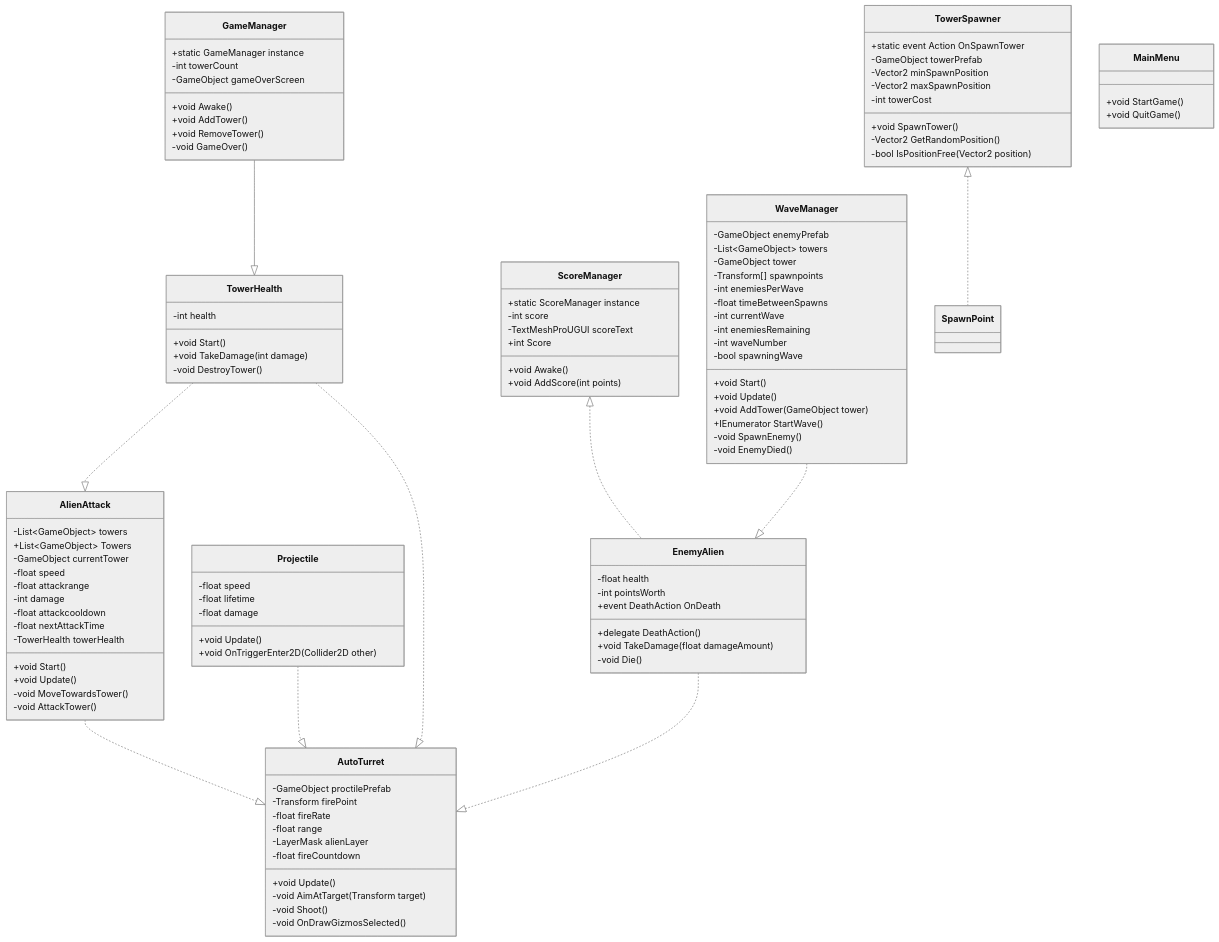
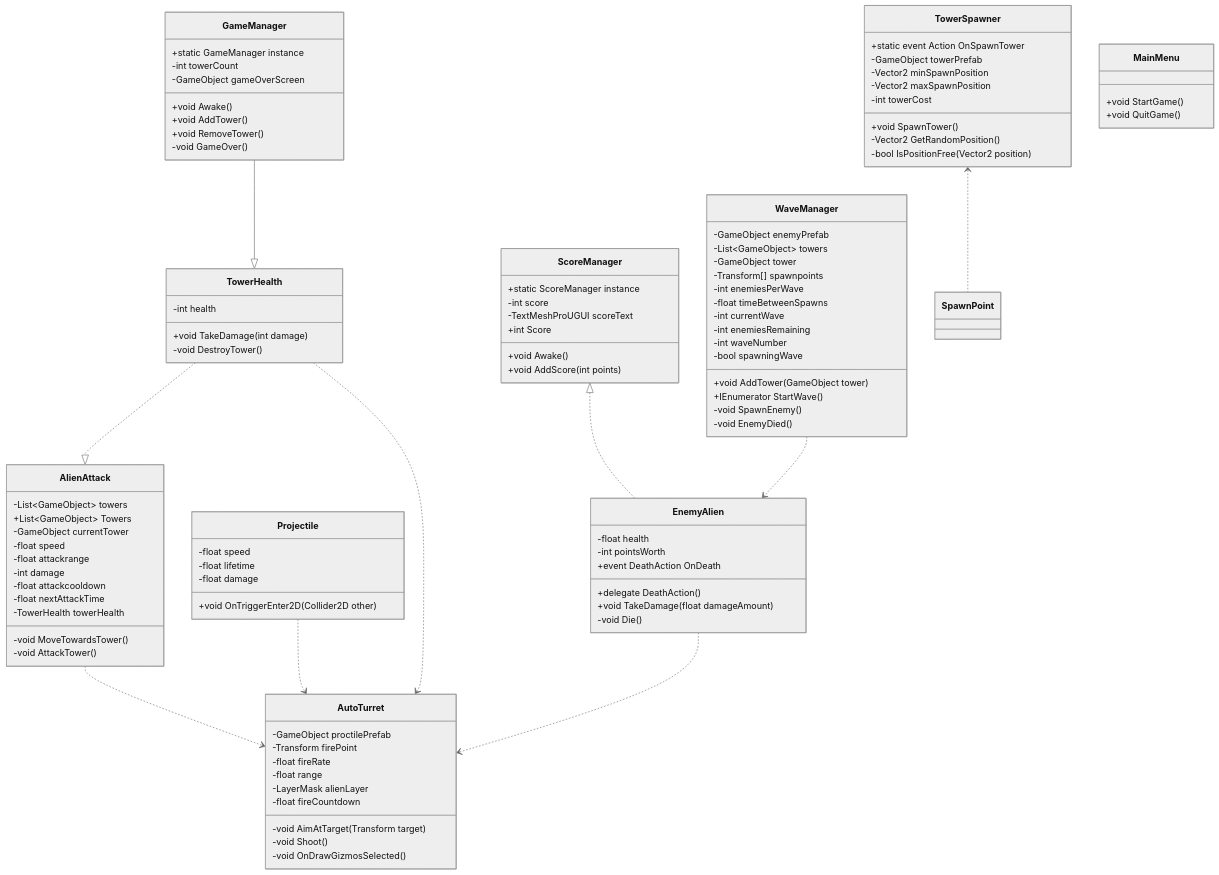
One commit to FelixHuiskamp/TowerDefense changed the diagram in Assets/Scripts/ClassDiagram.md. Above: the diagram before and after it, drawn with Mermaid (neutral theme).

```diff
--- a/Assets/Scripts/ClassDiagram.md
+++ b/Assets/Scripts/ClassDiagram.md
@@ -24,7 +24,6 @@
 
         class TowerHealth {
         -int health
-        +void Start()
         +void TakeDamage(int damage)
         -void DestroyTower()
     }
@@ -58,8 +57,6 @@
         -int enemiesRemaining
         -int waveNumber
         -bool spawningWave
-        +void Start()
-        +void Update()
         +void AddTower(GameObject tower)
         +IEnumerator StartWave()
         -void SpawnEnemy()
@@ -76,8 +73,6 @@
         -float attackcooldown
         -float nextAttackTime
         -TowerHealth towerHealth
-        +void Start()
-        +void Update()
         -void MoveTowardsTower()
         -void AttackTower()
     }
@@ -89,7 +84,6 @@
         -float range
         -LayerMask alienLayer
         -float fireCountdown
-        +void Update()
         -void AimAtTarget(Transform target)
         -void Shoot()
         -void OnDrawGizmosSelected()
@@ -99,7 +93,6 @@
         -float speed
         -float lifetime
         -float damage
-        +void Update()
         +void OnTriggerEnter2D(Collider2D other)
     }
 
@@ -112,19 +105,19 @@
 
 GameManager --|> TowerHealth
 
-TowerSpawner <|.. SpawnPoint 
+TowerSpawner <.. SpawnPoint 
 
 ScoreManager <|.. EnemyAlien
 
-WaveManager ..|> EnemyAlien
+WaveManager ..> EnemyAlien
 
-AlienAttack ..|> AutoTurret
+AlienAttack ..> AutoTurret
 
-Projectile ..|> AutoTurret 
+Projectile ..> AutoTurret 
 
-TowerHealth ..|> AutoTurret
+TowerHealth ..> AutoTurret
 
-EnemyAlien ..|> AutoTurret
+EnemyAlien ..> AutoTurret
 
 TowerHealth ..|> AlienAttack
 
```
